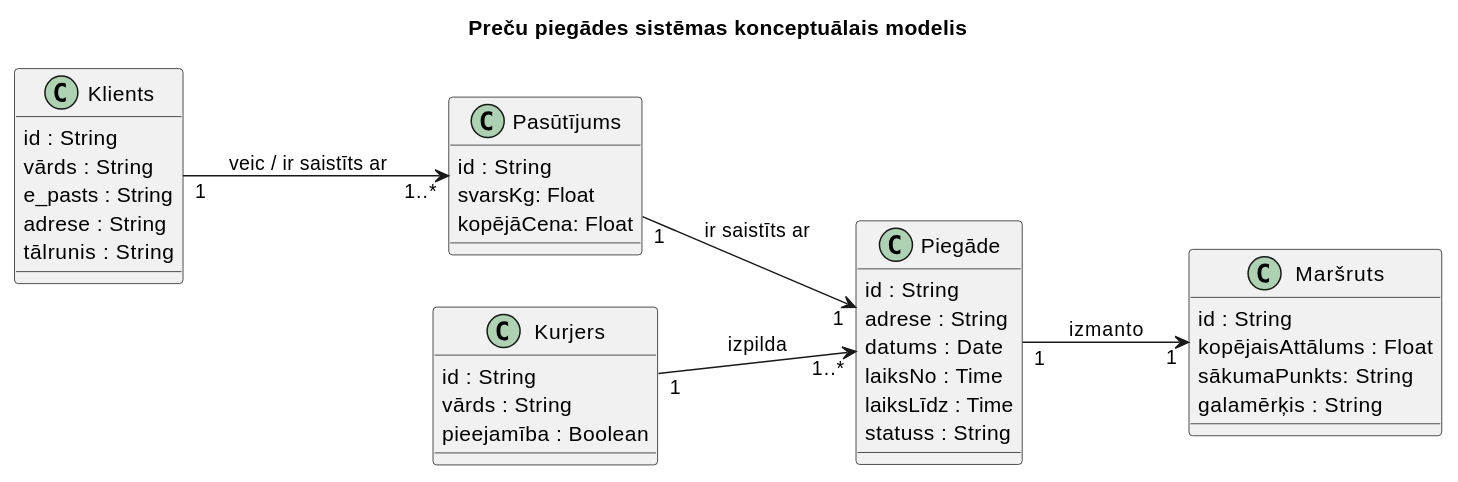
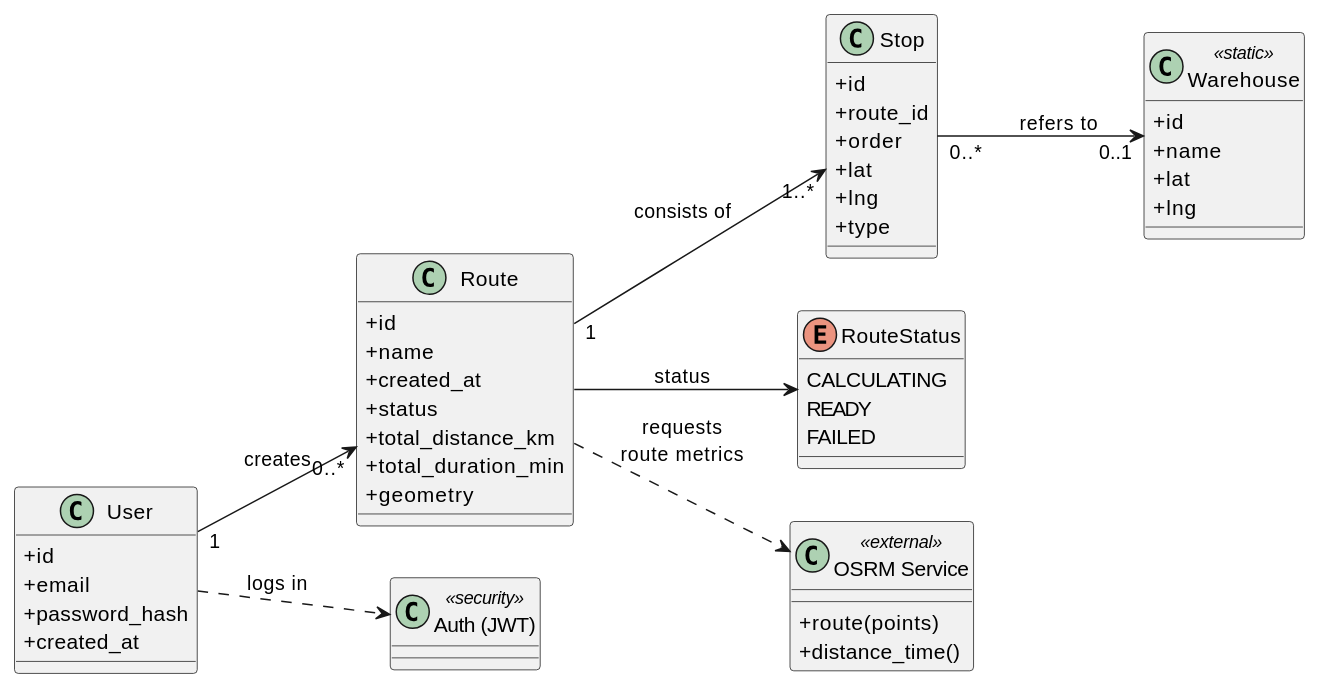
The diagram in README.md (PavelsPonatovskis/Proj_Lab_Projekts), drawn with PlantUML before and after one commit. The commit also changed other lines of this file, not shown here.

Commit message:
README.md

````diff
--- a/README.md
+++ b/README.md
@@ -27,53 +27,61 @@
 ```plantuml
 @startuml
 left to right direction
-skinparam class {
-  Shadowing false
-  RoundCorner 6
+skinparam classAttributeIconSize 0
+
+class User {
+  +id
+  +email
+  +password_hash
+  +created_at
 }
 
-title Preču piegādes sistēmas konceptuālais modelis
-
-class Klients {
-  id : String
-  vārds : String
-  e_pasts : String
-  adrese : String
-  tālrunis : String
+class Route {
+  +id
+  +name
+  +created_at
+  +status
+  +total_distance_km
+  +total_duration_min
+  +geometry
 }
 
-class Pasūtījums {
-  id : String
-  svarsKg: Float
-  kopējāCena: Float
+class Stop {
+  +id
+  +route_id
+  +order
+  +lat
+  +lng
+  +type
 }
 
-class Piegāde {
-  id : String
-  adrese : String
-  datums : Date
-  laiksNo : Time
-  laiksLīdz : Time
-  statuss : String
+class Warehouse <<static>> {
+  +id
+  +name
+  +lat
+  +lng
 }
 
-class Maršruts {
-  id : String
-  kopējaisAttālums : Float
-  sākumaPunkts: String
-  galamērķis : String
+enum RouteStatus {
+  CALCULATING
+  READY
+  FAILED
 }
 
-class Kurjers {
-  id : String
-  vārds : String
-  pieejamība : Boolean
+class "OSRM Service" <<external>> {
+  +route(points)
+  +distance_time()
 }
 
-Klients "1" --> "1..*" Pasūtījums : veic / ir saistīts ar
-Pasūtījums "1" --> "1" Piegāde : ir saistīts ar
-Piegāde "1" --> "1" Maršruts : izmanto
-Kurjers "1" --> "1..*" Piegāde : izpilda
+class "Auth (JWT)" <<security>>
+
+User "1" --> "0..*" Route : creates
+Route "1" --> "1..*" Stop : consists of
+Stop "0..*" --> "0..1" Warehouse : refers to
+
+Route --> RouteStatus : status
+Route ..> "OSRM Service" : requests\nroute metrics
+User ..> "Auth (JWT)" : logs in
 
 @enduml
 ```
````
